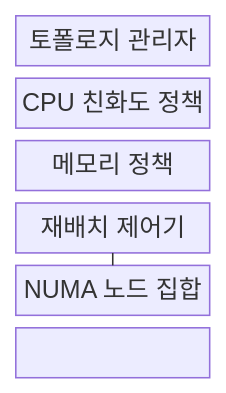
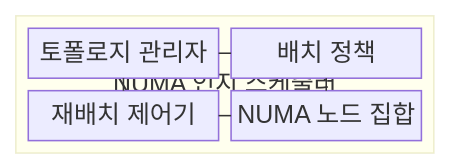
Before and after one commit to agnusdei1207/knowledge-base: the first of 2 diagrams in src/content/docs/notes/03-software/029_numa_aware_scheduling.md, drawn with Mermaid. The commit also changed other lines of this file and 20 other files, not shown here.

````diff
--- a/src/content/docs/notes/03-software/029_numa_aware_scheduling.md
+++ b/src/content/docs/notes/03-software/029_numa_aware_scheduling.md
@@ -63,12 +62,15 @@
 ```mermaid
-block-beta
-  columns 1
-  T["토폴로지 관리자"]
-  A["CPU 친화도 정책"]
-  M["메모리 정책"]
-  R["재배치 제어기"]
-  N["NUMA 노드 집합"]
-  T --- A --- N
-  T --- M --- N
-  N --- R
+block
+    columns 1
+    block:SCHED["NUMA 인지 스케줄러"]
+        columns 2
+        T["토폴로지 관리자"]
+        P["배치 정책"]
+        R["재배치 제어기"]
+        N["NUMA 노드 집합"]
+    end
+    T --- P
+    P --- N
+    N --- R
+    R --- T
 ```
````
